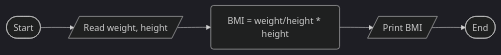
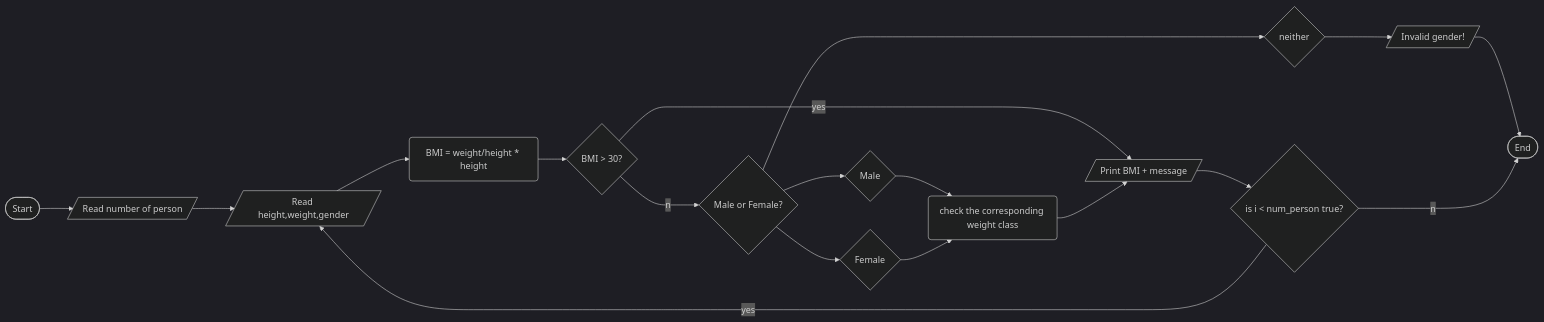
Before and after one commit to SWEG-2015EC-Batch/Byte-Bandits: the diagram in ETS1157_15_Robel_Desalegn/Activity_3.1/BMI_Calculator/BMI_v3.md, drawn with Mermaid (dark theme). The commit also changed other lines of this file and 9 other files, not shown here.

````diff
--- a/ETS1157_15_Robel_Desalegn/Activity_3.1/BMI_Calculator/BMI_v3.md
+++ b/ETS1157_15_Robel_Desalegn/Activity_3.1/BMI_Calculator/BMI_v3.md
@@ -23,12 +37,35 @@
 ```mermaid
 graph LR;
 id1([Start]);
-id2[/Read weight, height/];
+id2[/Read height,weight,gender/];
 id3(BMI = weight/height * height);
-id4[/Print BMI/];
-id5([End]);
-id1-->id2;
+id4{BMI > 30?};
+id5[/Print BMI + message/];
+id6{Male or Female?};
+id7{Male};
+id8{Female};
+id9(check the corresponding weight class);
+id10([End]);
+id11[/Read number of person/];
+id12{is i < num_person true?};
+id13{neither};
+id14[/Invalid gender!/]
+id1-->id11;
+id11-->id2;
 id2-->id3;
 id3-->id4;
-id4-->id5;
+id4--yes-->id5;
+id4--no-->id6;
+id6-->id7;
+id6-->id8;
+id6-->id13;
+id13-->id14;
+id14-->id10;
+id7-->id9;
+id8-->id9;
+id9-->id5;
+id5-->id12;
+id12--yes-->id2;
+id12--no-->id10;
+
 ```
````
